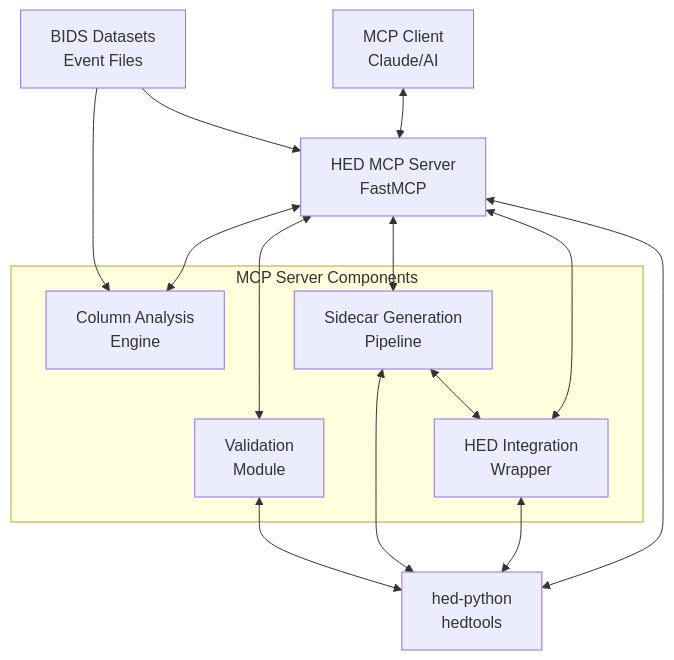
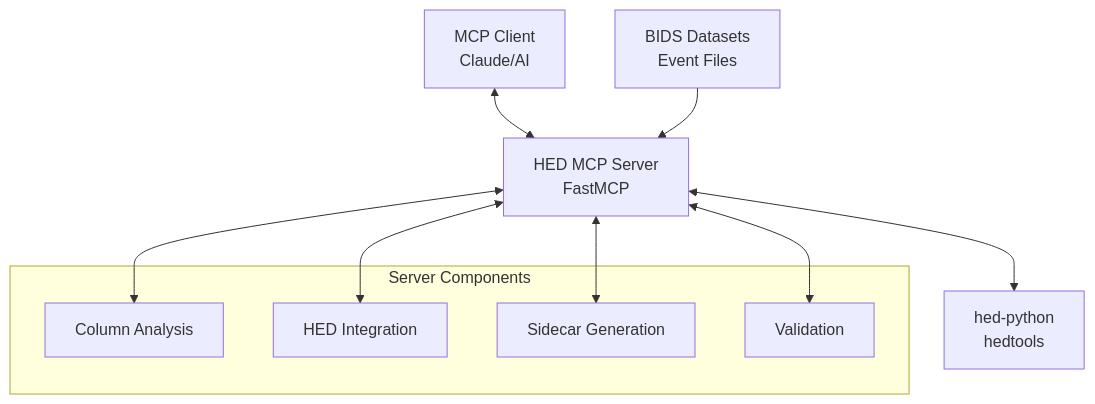
Before and after one commit to neuromechanist/hed-mcp: the diagram in README.md, drawn with Mermaid. The commit also changed other lines of this file, not shown here.

````diff
--- a/README.md
+++ b/README.md
@@ -23,24 +105,18 @@
 ```mermaid
 graph TD
     A[MCP Client<br/>Claude/AI] <--> B[HED MCP Server<br/>FastMCP]
     B <--> C[hed-python<br/>hedtools]
     D[BIDS Datasets<br/>Event Files] --> B
 
-    subgraph "MCP Server Components"
-        E[Column Analysis<br/>Engine]
-        F[HED Integration<br/>Wrapper]
-        G[Sidecar Generation<br/>Pipeline]
-        H[Validation<br/>Module]
+    subgraph "Server Components"
+        E[Column Analysis]
+        F[HED Integration]
+        G[Sidecar Generation]
+        H[Validation]
     end
 
     B <--> E
     B <--> F
     B <--> G
     B <--> H
-
-    D --> E
-    F <--> C
-    G <--> C
-    G <--> F
-    H <--> C
 ```
````
